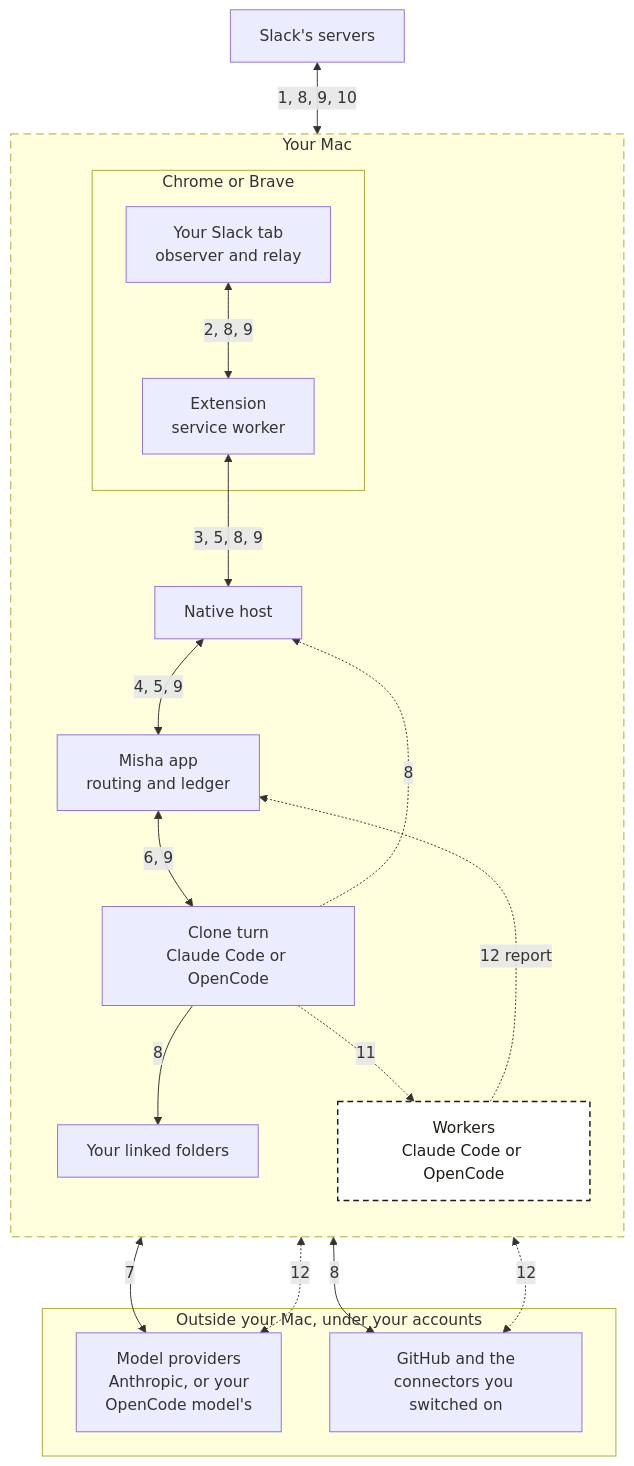
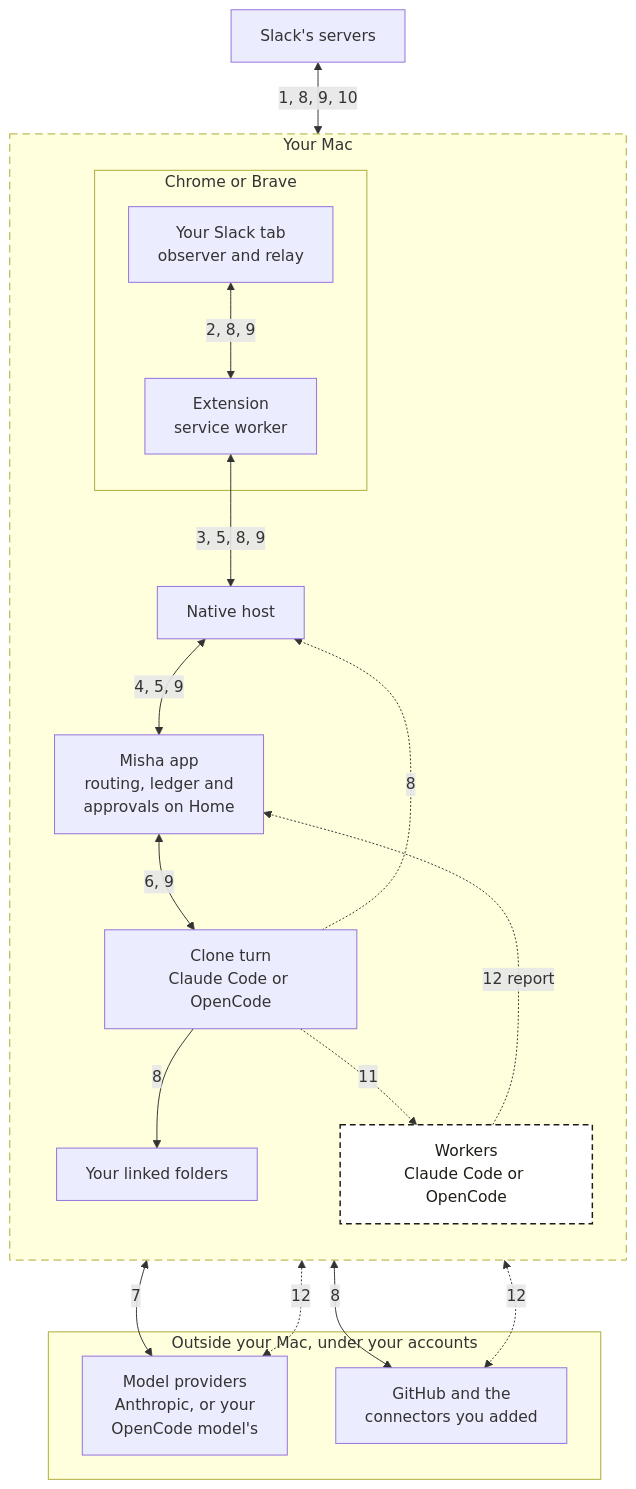
The diagram in diagrams/message-to-reply.mmd (dumdummisha/docs), drawn with Mermaid before and after one commit. The commit also changed 3 other files, not shown here.

First line of the commit message:
docs(understand): describe approvals, parallel workers and Slack's activity sessions

```diff
--- a/diagrams/message-to-reply.mmd
+++ b/diagrams/message-to-reply.mmd
@@ -1,37 +1,37 @@
 flowchart TB
   accTitle: How a Slack message reaches your clone and its reply gets back
-  accDescr: Inside your Mac, a message travels from your signed-in Slack tab to the extension service worker, the native host and the Misha app, which hands it to the clone turn. The app acknowledges it back to the service worker. The clone thinks with a model provider outside the Mac, reads the thread through the native host and your tab, reads your linked folders, and reads GitHub and your connected services. Its post goes back through the app, the native host, the service worker and the tab to Slack, which sends it back as an echo. On a turn that may start work, the clone starts a worker, which calls a model provider and your services and reports back to the app. Twelve numbered steps in the list under the diagram describe each arrow.
+  accDescr: Inside your Mac, a message travels from your signed-in Slack tab to the extension service worker, the native host and the Misha app, which hands it to the clone turn. The app acknowledges it back to the service worker. The clone thinks with a model provider outside the Mac, reads the thread through the native host and your tab, reads your linked folders, and reads GitHub and your connected services. Its post goes back through the app, which holds it on Home for your OK while approvals are on, then through the native host, the service worker and the tab to Slack, which sends it back as an echo. On a turn that may start work, the clone starts one or more workers, held for your OK while approvals are on; each calls a model provider and your services and reports back to the app. Twelve numbered steps in the list under the diagram describe each arrow.
   slack["Slack's servers"]
   subgraph mac["Your Mac"]
     direction TB
     subgraph browser["Chrome or Brave"]
       tab["Your Slack tab<br/>observer and relay"]
       sw["Extension<br/>service worker"]
     end
     host["Native host"]
-    app["Misha app<br/>routing and ledger"]
+    app["Misha app<br/>routing, ledger and<br/>approvals on Home"]
     clone["Clone turn<br/>Claude Code or OpenCode"]
     folders["Your linked folders"]
     workers["Workers<br/>Claude Code or OpenCode"]:::conditional
   end
   subgraph outside["Outside your Mac, under your accounts"]
     providers["Model providers<br/>Anthropic, or your<br/>OpenCode model's"]
-    services["GitHub and the<br/>connectors you switched on"]
+    services["GitHub and the<br/>connectors you added"]
   end
 
   slack <-->|"1, 8, 9, 10"| tab
   tab <-->|"2, 8, 9"| sw
   sw <-->|"3, 5, 8, 9"| host
   host <-->|"4, 5, 9"| app
   app <-->|"6, 9"| clone
   clone -.->|"8"| host
   clone -->|"8"| folders
   clone <-->|"7"| providers
   clone <-->|"8"| services
   clone -.->|"11"| workers
   workers -.->|"12 report"| app
   workers <-.->|"12"| providers
   workers <-.->|"12"| services
 
   classDef conditional fill:#ffffff,stroke:#1f1b16,stroke-width:1.5px,stroke-dasharray:6 4,color:#1f1b16
   style mac stroke-dasharray:8 5
```
